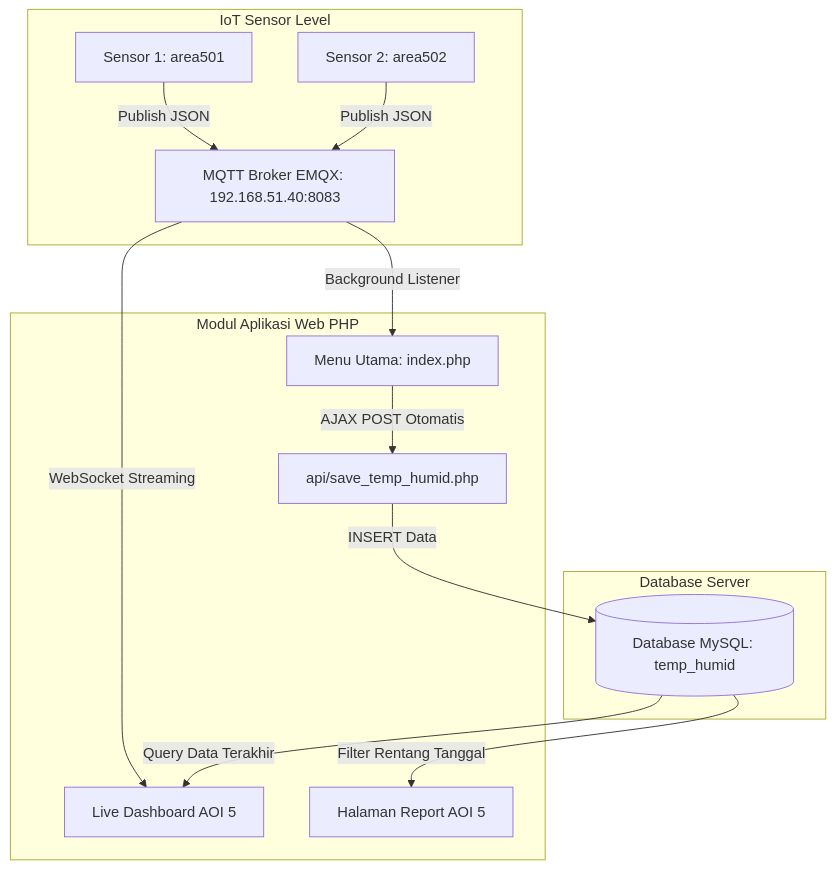
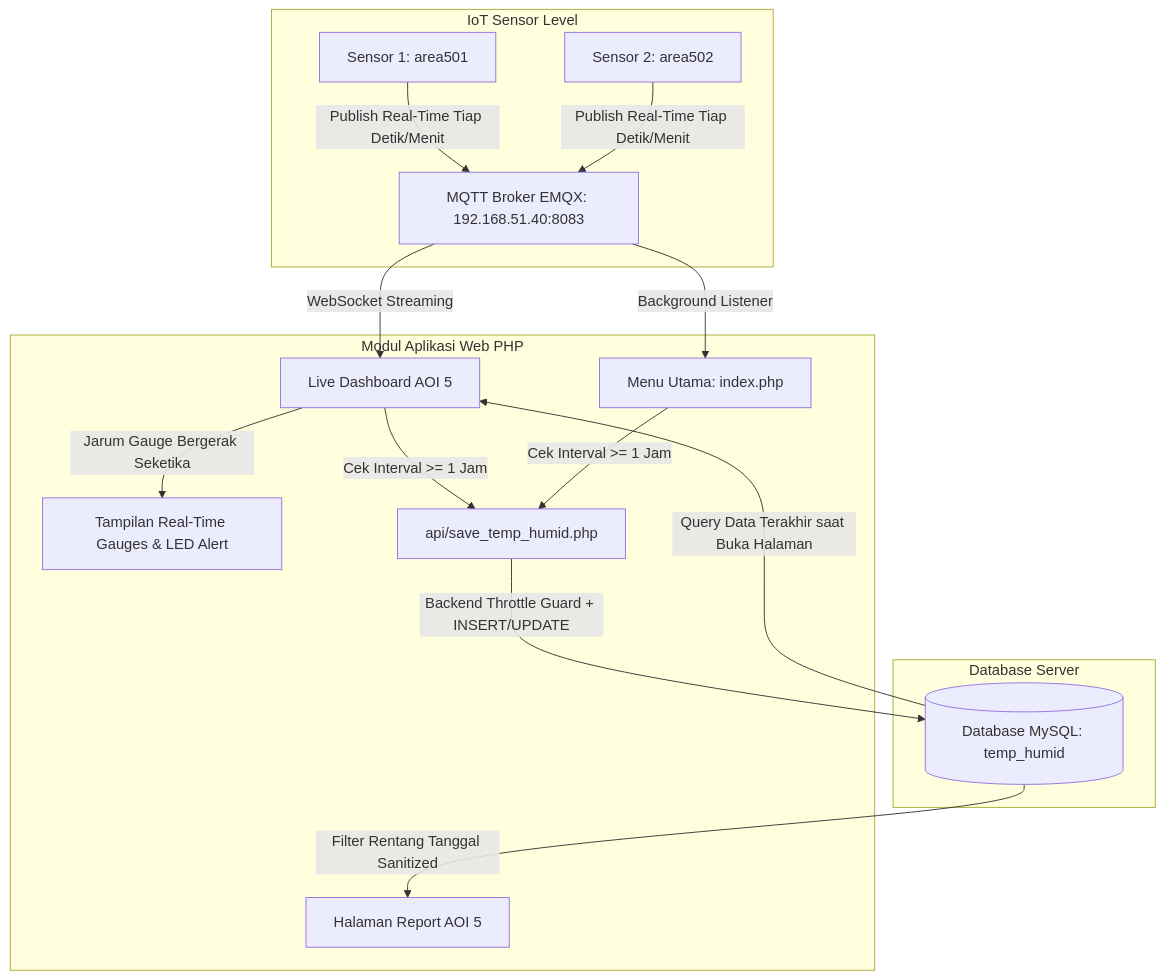
One commit to ajidwi02/enviro changed the diagram in LAPORAN_PEMBUATAN_HUMIDITY_AOI5.md. Above: the diagram before and after it, drawn with Mermaid. The commit also changed other lines of this file and 5 other files, not shown here.

````diff
--- a/LAPORAN_PEMBUATAN_HUMIDITY_AOI5.md
+++ b/LAPORAN_PEMBUATAN_HUMIDITY_AOI5.md
@@ -39,22 +41,28 @@
 ```mermaid
 graph TD
     subgraph IoT Sensor Level
-        S1[Sensor 1: area501] -->|Publish JSON| MB[MQTT Broker EMQX: 192.168.51.40:8083]
-        S2[Sensor 2: area502] -->|Publish JSON| MB
+        S1[Sensor 1: area501] -->|Publish Real-Time Tiap Detik/Menit| MB[MQTT Broker EMQX: 192.168.51.40:8083]
+        S2[Sensor 2: area502] -->|Publish Real-Time Tiap Detik/Menit| MB
     end
 
     subgraph Database Server
         DB[(Database MySQL: temp_humid)]
     end
 
     subgraph Modul Aplikasi Web PHP
         MB -->|WebSocket Streaming| D[Live Dashboard AOI 5]
         MB -->|Background Listener| M[Menu Utama: index.php]
         
-        M -->|AJAX POST Otomatis| API[api/save_temp_humid.php]
-        API -->|INSERT Data| DB
+        %% Jalur 1: Visual Instan
+        D -->|Jarum Gauge Bergerak Seketika| UI[Tampilan Real-Time Gauges & LED Alert]
         
-        DB -->|Query Data Terakhir| D
-        DB -->|Filter Rentang Tanggal| R[Halaman Report AOI 5]
+        %% Jalur 2: Throttled DB Save
+        D -->|Cek Interval >= 1 Jam| API[api/save_temp_humid.php]
+        M -->|Cek Interval >= 1 Jam| API
+        
+        API -->|Backend Throttle Guard + INSERT/UPDATE| DB
+        
+        DB -->|Query Data Terakhir saat Buka Halaman| D
+        DB -->|Filter Rentang Tanggal Sanitized| R[Halaman Report AOI 5]
     end
 ```
````
